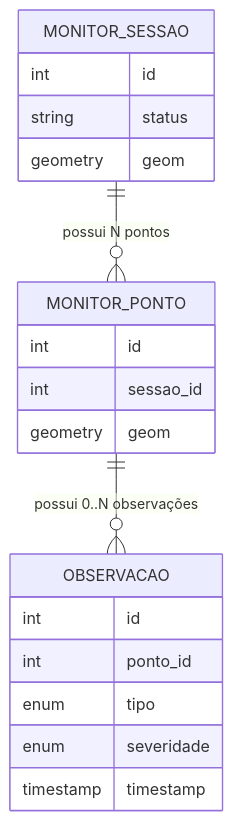
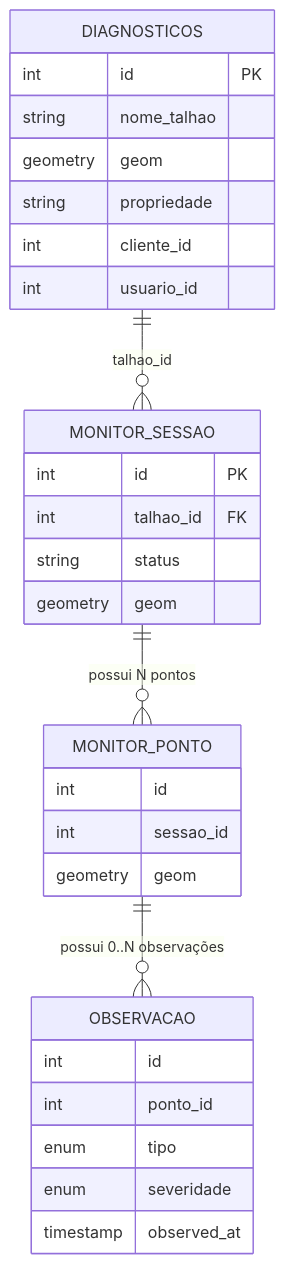
Before and after one commit to Sertan-AI/documentacao-ss-camada1: the diagram in README.MD, drawn with Mermaid. The commit also changed other lines of this file and 4 other files, not shown here.

````diff
--- a/README.MD
+++ b/README.MD
@@ -198,25 +229,36 @@
 ```mermaid
 erDiagram
+    DIAGNOSTICOS ||--o{ MONITOR_SESSAO : "talhao_id"
     MONITOR_SESSAO ||--o{ MONITOR_PONTO : "possui N pontos"
     MONITOR_PONTO ||--o{ OBSERVACAO : "possui 0..N observações"
     
+    DIAGNOSTICOS {
+        int id PK
+        string nome_talhao
+        geometry geom
+        string propriedade
+        int cliente_id
+        int usuario_id
+    }
+    
     MONITOR_SESSAO {
-        int id
+        int id PK
+        int talhao_id FK
         string status
         geometry geom
     }
     
     MONITOR_PONTO {
         int id
         int sessao_id
         geometry geom
     }
     
     OBSERVACAO {
         int id
         int ponto_id
         enum tipo
         enum severidade
-        timestamp timestamp
+        timestamp observed_at
     }
 ```
````
